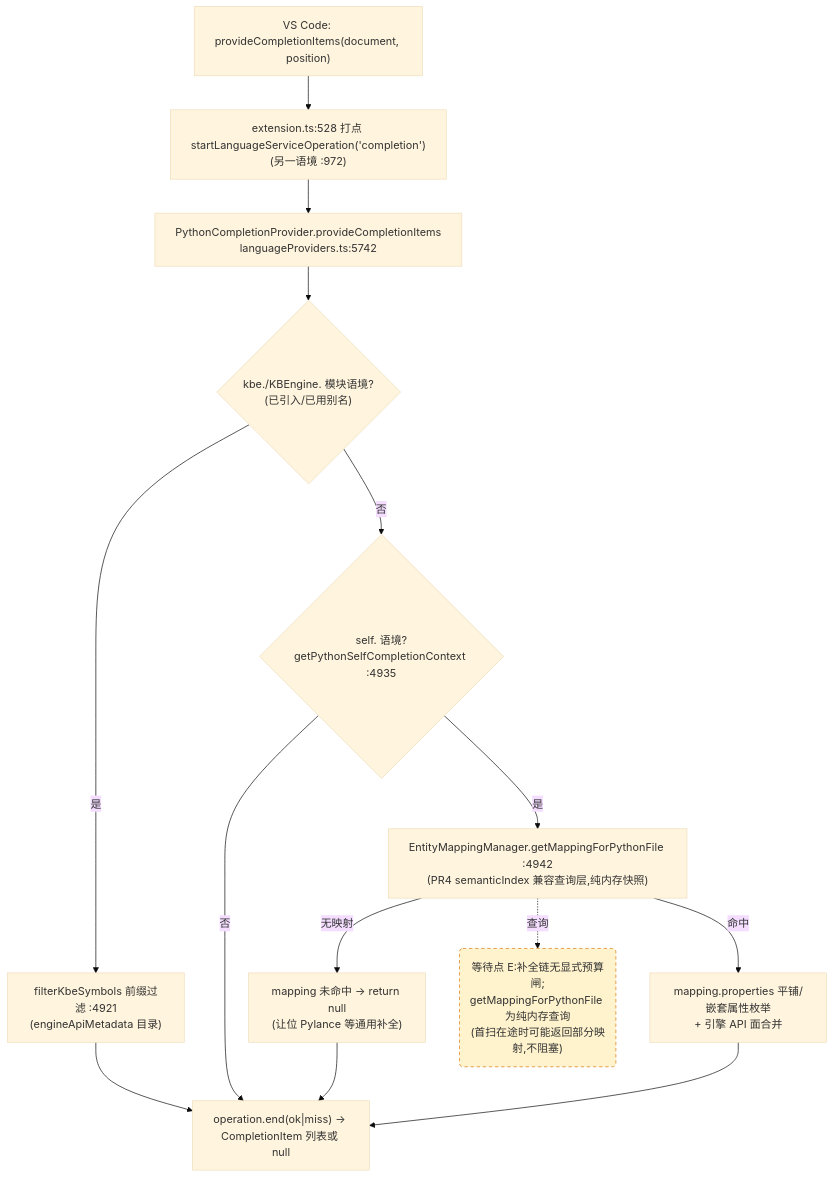
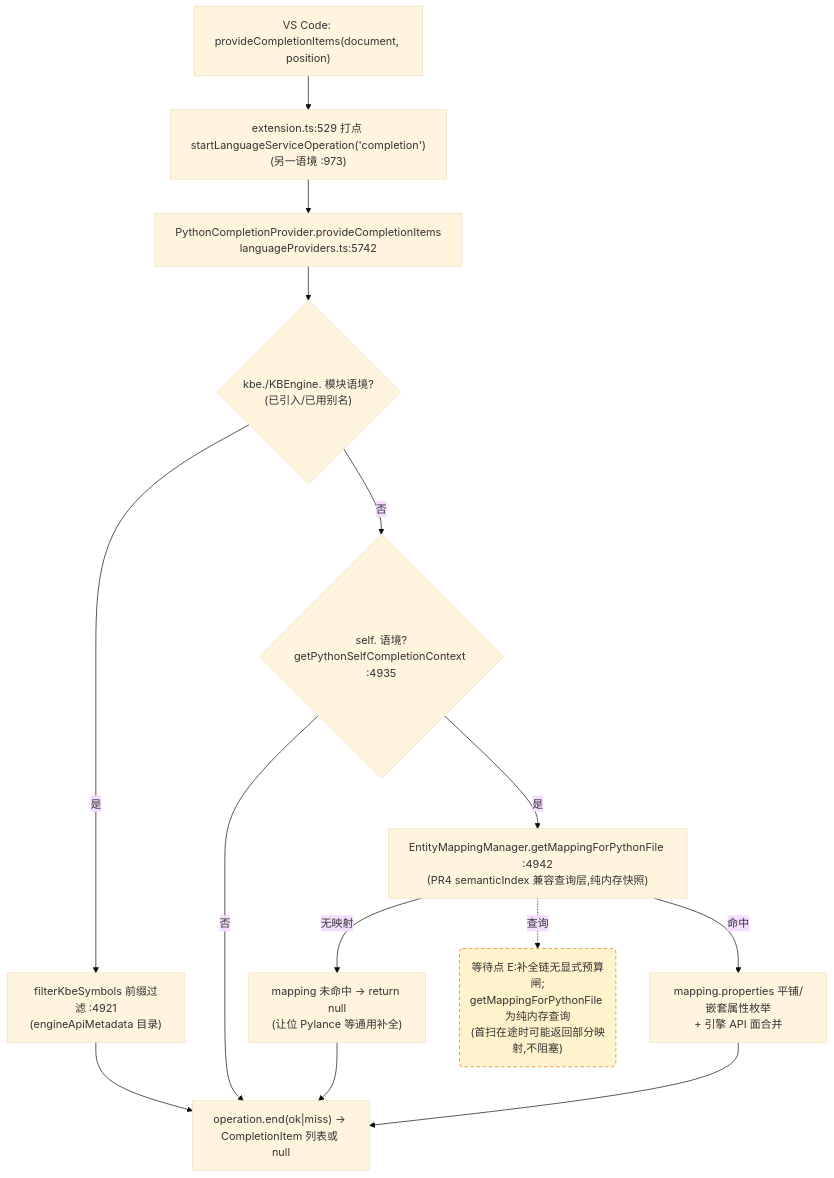
Before and after one commit to cuihairu/kode: the third of 4 diagrams in docs/perf/2026-baseline.md, drawn with Mermaid (base theme). The commit also changed other lines of this file and 12 other files, not shown here.

````diff
--- a/docs/perf/2026-baseline.md
+++ b/docs/perf/2026-baseline.md
@@ -184,27 +184,27 @@
 ```mermaid
 flowchart TD
   VC3["VS Code: provideCompletionItems(document, position)"]
-  M3["extension.ts:528 打点 startLanguageServiceOperation('completion')<br/>(另一语境 :972)"]
+  M3["extension.ts:529 打点 startLanguageServiceOperation('completion')<br/>(另一语境 :973)"]
   CP["PythonCompletionProvider.provideCompletionItems<br/>languageProviders.ts:5742"]
   KBEC{"kbe./KBEngine. 模块语境?<br/>(已引入/已用别名)"}
   FILTER["filterKbeSymbols 前缀过滤 :4921<br/>(engineApiMetadata 目录)"]
   SELFC{"self. 语境?<br/>getPythonSelfCompletionContext :4935"}
   MAP["EntityMappingManager.getMappingForPythonFile :4942<br/>(PR4 semanticIndex 兼容查询层,纯内存快照)"]
   NOMAP["mapping 未命中 → return null<br/>(让位 Pylance 等通用补全)"]
   PROPS["mapping.properties 平铺/嵌套属性枚举<br/>+ 引擎 API 面合并"]
   END3["operation.end(ok|miss) → CompletionItem 列表或 null"]
 
   VC3 --> M3 --> CP --> KBEC
   KBEC -- "是" --> FILTER --> END3
   KBEC -- "否" --> SELFC
   SELFC -- "否" --> END3
   SELFC -- "是" --> MAP
   MAP -- "无映射" --> NOMAP --> END3
   MAP -- "命中" --> PROPS --> END3
 
   WAITE("等待点 E:补全链无显式预算闸;<br/>getMappingForPythonFile 为纯内存查询<br/>(首扫在途时可能返回部分映射,不阻塞)")
   MAP -.->|查询| WAITE
 
   classDef waitPoint fill:#fff3cd,stroke:#d97706,stroke-dasharray:5 4;
   class WAITE waitPoint;
 ```
````
